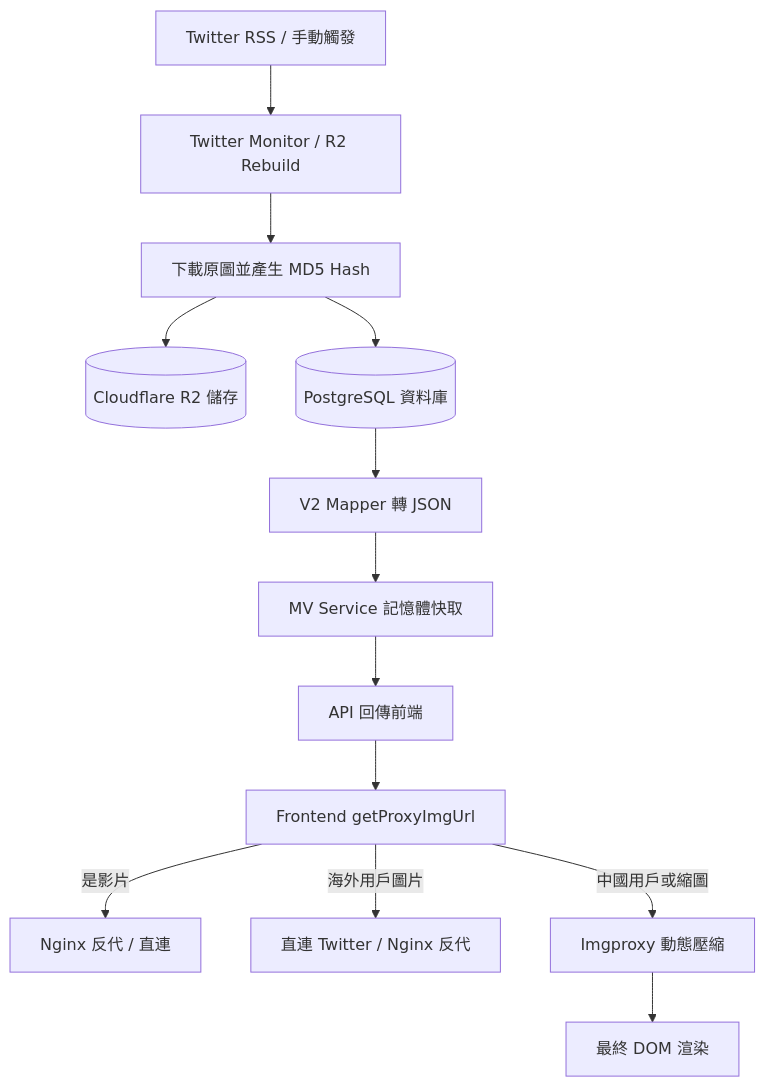
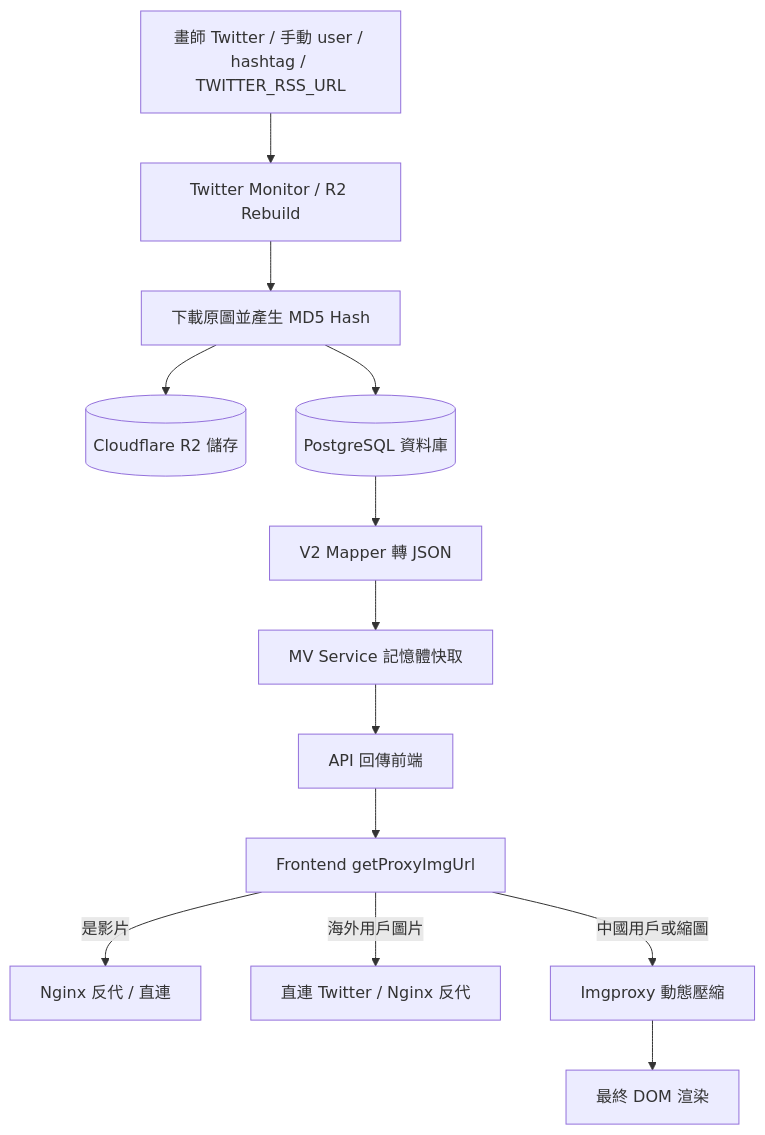
Before and after one commit to lyangjyehaur/zutomayo-gallery: the diagram in docs/MEDIA_FLOW.md, drawn with Mermaid. The commit also changed other lines of this file and 27 other files, not shown here.

````diff
--- a/docs/MEDIA_FLOW.md
+++ b/docs/MEDIA_FLOW.md
@@ -160,15 +161,15 @@
 ```mermaid
 graph TD
-    A[Twitter RSS / 手動觸發] --> B[Twitter Monitor / R2 Rebuild]
+    A[畫師 Twitter / 手動 user / hashtag / TWITTER_RSS_URL] --> B[Twitter Monitor / R2 Rebuild]
     B --> C[下載原圖並產生 MD5 Hash]
     C --> D[(Cloudflare R2 儲存)]
     C --> E[(PostgreSQL 資料庫)]
     E --> F[V2 Mapper 轉 JSON]
     F --> G[MV Service 記憶體快取]
     G --> H[API 回傳前端]
     H --> I[Frontend getProxyImgUrl]
     I -->|是影片| J[Nginx 反代 / 直連]
     I -->|海外用戶圖片| K[直連 Twitter / Nginx 反代]
     I -->|中國用戶或縮圖| L[Imgproxy 動態壓縮]
     L --> M[最終 DOM 渲染]
 ```
````
